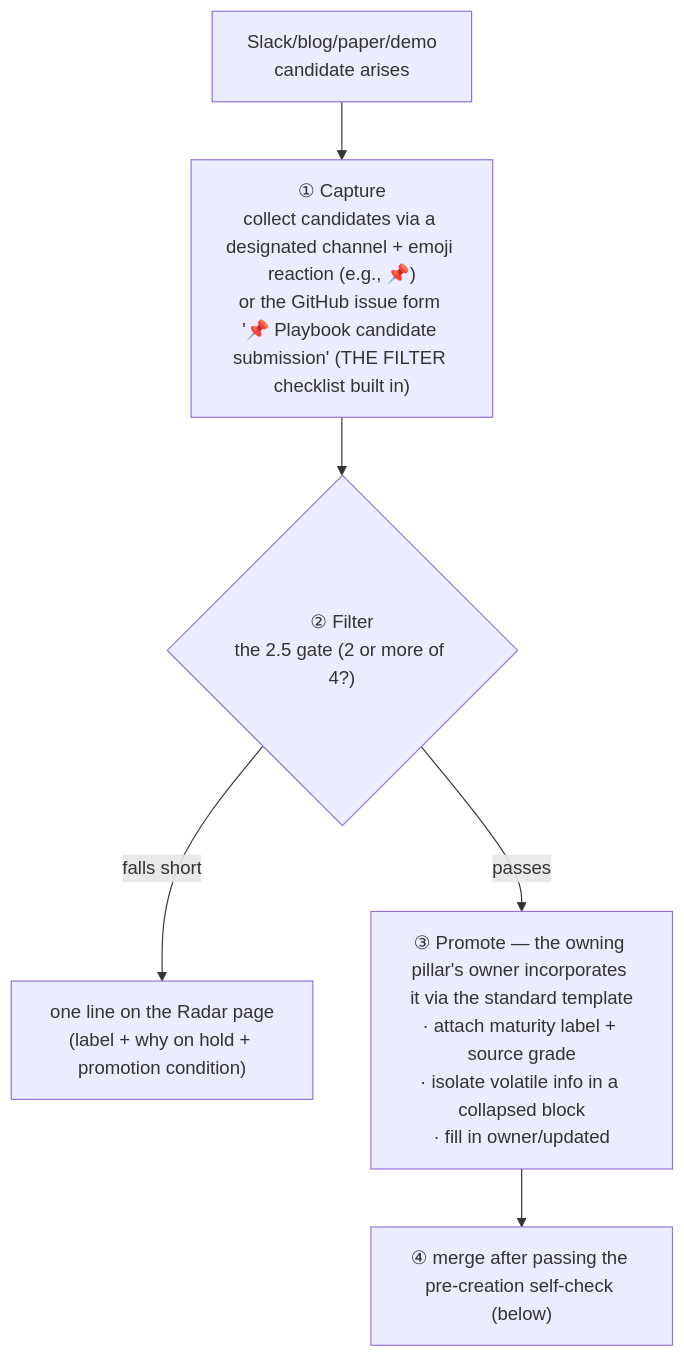
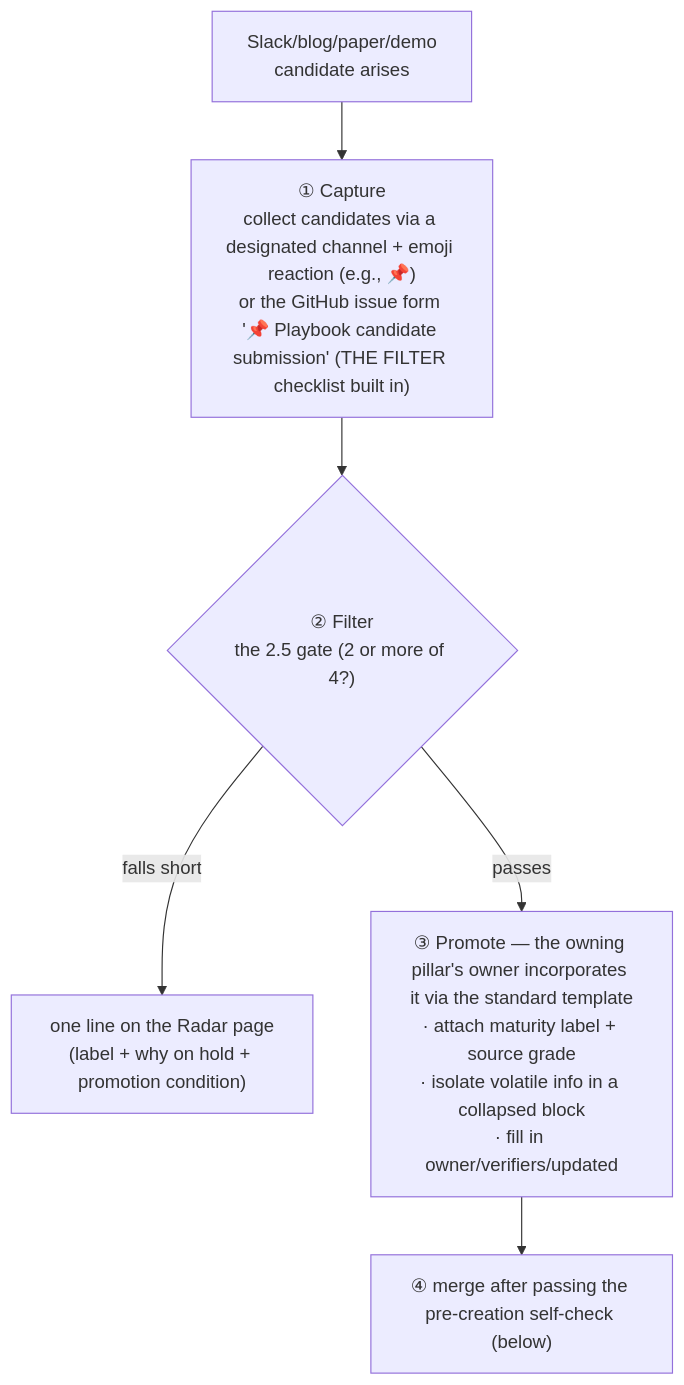
The diagram in docs/maintenance.en.md (comeddy/pai-playbook), drawn with Mermaid before and after one commit. The commit also changed other lines of this file and 9 other files, not shown here.

````diff
--- a/docs/maintenance.en.md
+++ b/docs/maintenance.en.md
@@ -106,8 +107,8 @@
 ```mermaid
 graph TD
     S["Slack/blog/paper/demo<br>candidate arises"] --> C["① Capture<br>collect candidates via a designated channel + emoji reaction (e.g., 📌)<br>or the GitHub issue form '📌 Playbook candidate submission' (THE FILTER checklist built in)"]
     C --> F{"② Filter<br>the 2.5 gate (2 or more of 4?)"}
     F -- falls short --> RD["one line on the Radar page<br>(label + why on hold + promotion condition)"]
-    F -- passes --> PR["③ Promote — the owning pillar's owner incorporates it via the standard template<br>· attach maturity label + source grade<br>· isolate volatile info in a collapsed block<br>· fill in owner/updated"]
+    F -- passes --> PR["③ Promote — the owning pillar's owner incorporates it via the standard template<br>· attach maturity label + source grade<br>· isolate volatile info in a collapsed block<br>· fill in owner/verifiers/updated"]
     PR --> M["④ merge after passing the pre-creation self-check (below)"]
 ```
````
